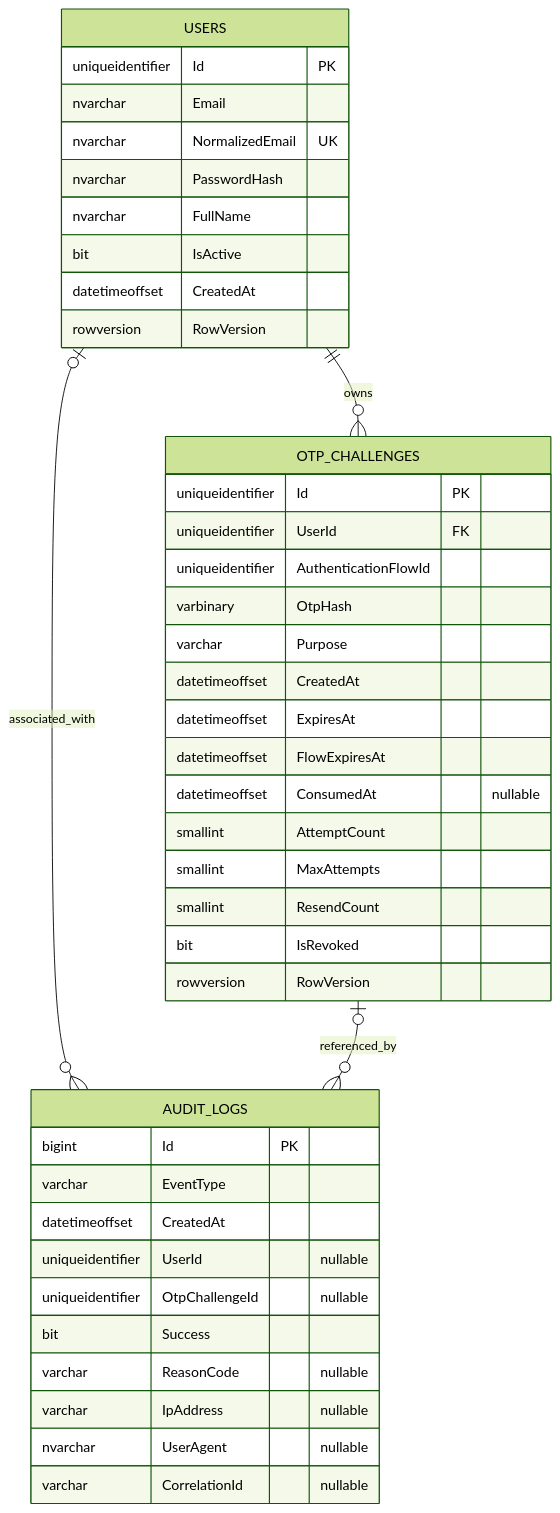
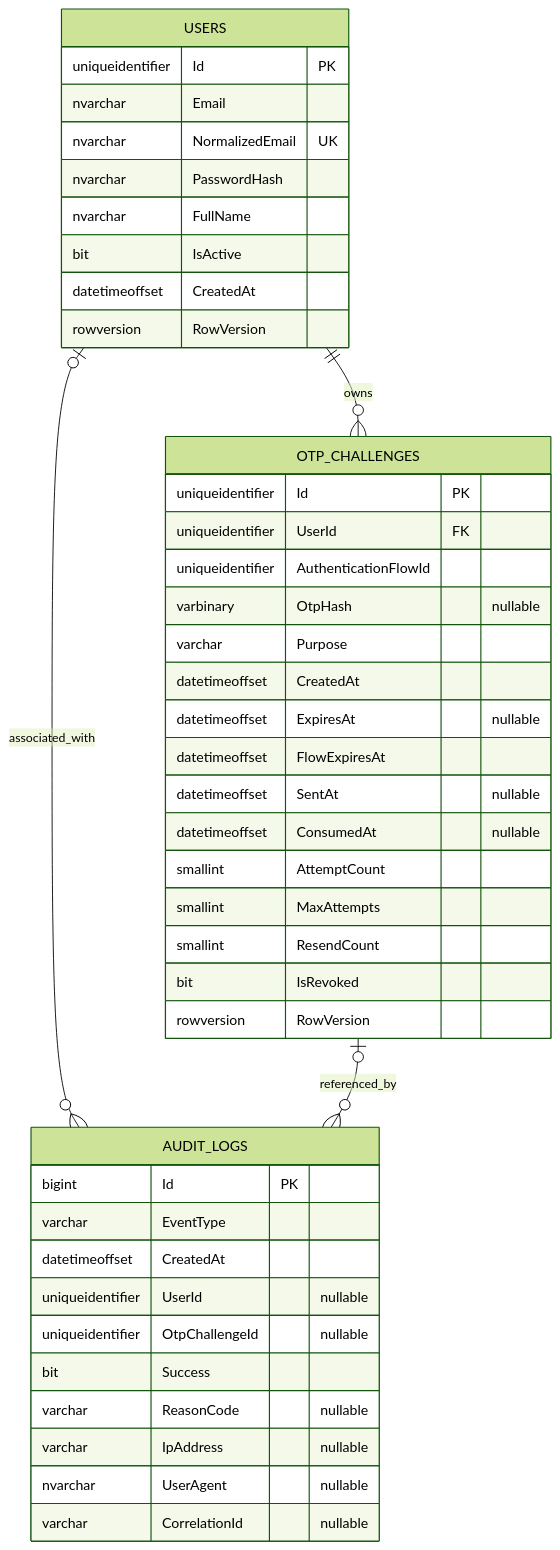
Before and after one commit to ThanhTM68/otp-auth-system: the diagram in docs/DATABASE_DESIGN.md, drawn with Mermaid (forest theme). The commit also changed other lines of this file and 39 other files, not shown here.

````diff
--- a/docs/DATABASE_DESIGN.md
+++ b/docs/DATABASE_DESIGN.md
@@ -19,47 +19,48 @@
 ```mermaid
 erDiagram
     USERS ||--o{ OTP_CHALLENGES : owns
     USERS o|--o{ AUDIT_LOGS : associated_with
     OTP_CHALLENGES o|--o{ AUDIT_LOGS : referenced_by
 
     USERS {
         uniqueidentifier Id PK
         nvarchar Email
         nvarchar NormalizedEmail UK
         nvarchar PasswordHash
         nvarchar FullName
         bit IsActive
         datetimeoffset CreatedAt
         rowversion RowVersion
     }
 
     OTP_CHALLENGES {
         uniqueidentifier Id PK
         uniqueidentifier UserId FK
         uniqueidentifier AuthenticationFlowId
-        varbinary OtpHash
+        varbinary OtpHash "nullable"
         varchar Purpose
         datetimeoffset CreatedAt
-        datetimeoffset ExpiresAt
+        datetimeoffset ExpiresAt "nullable"
         datetimeoffset FlowExpiresAt
+        datetimeoffset SentAt "nullable"
         datetimeoffset ConsumedAt "nullable"
         smallint AttemptCount
         smallint MaxAttempts
         smallint ResendCount
         bit IsRevoked
         rowversion RowVersion
     }
 
     AUDIT_LOGS {
         bigint Id PK
         varchar EventType
         datetimeoffset CreatedAt
         uniqueidentifier UserId "nullable"
         uniqueidentifier OtpChallengeId "nullable"
         bit Success
         varchar ReasonCode "nullable"
         varchar IpAddress "nullable"
         nvarchar UserAgent "nullable"
         varchar CorrelationId "nullable"
     }
 ```
````
